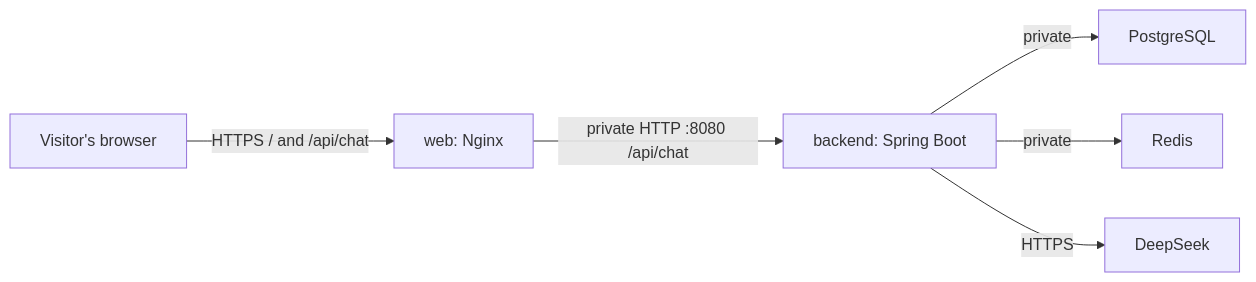
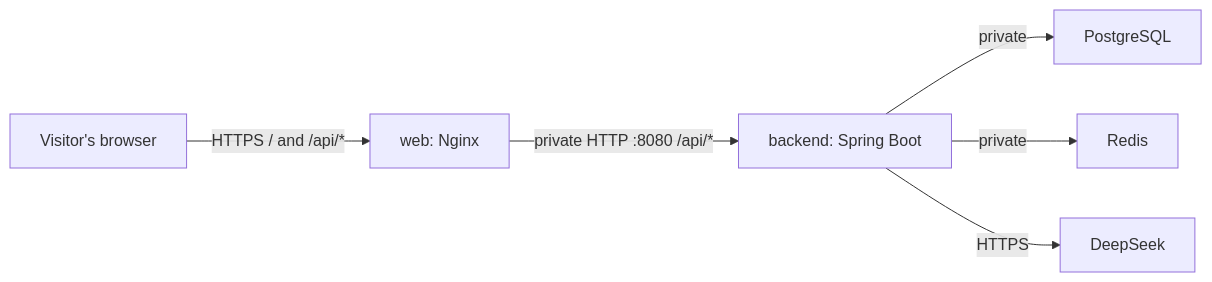
Before and after one commit to blueye51/Erro: the diagram in docs/web-proxy.md, drawn with Mermaid. The commit also changed other lines of this file and 47 other files, not shown here.

````diff
--- a/docs/web-proxy.md
+++ b/docs/web-proxy.md
@@ -8,8 +8,8 @@
 ```mermaid
 flowchart LR
-    B[Visitor's browser] -->|HTTPS / and /api/chat| W[web: Nginx]
-    W -->|private HTTP :8080 /api/chat| A[backend: Spring Boot]
+    B[Visitor's browser] -->|HTTPS / and /api/*| W[web: Nginx]
+    W -->|private HTTP :8080 /api/*| A[backend: Spring Boot]
     A -->|private| P[PostgreSQL]
     A -->|private| R[Redis]
     A -->|HTTPS| AI[DeepSeek]
 ```
````
